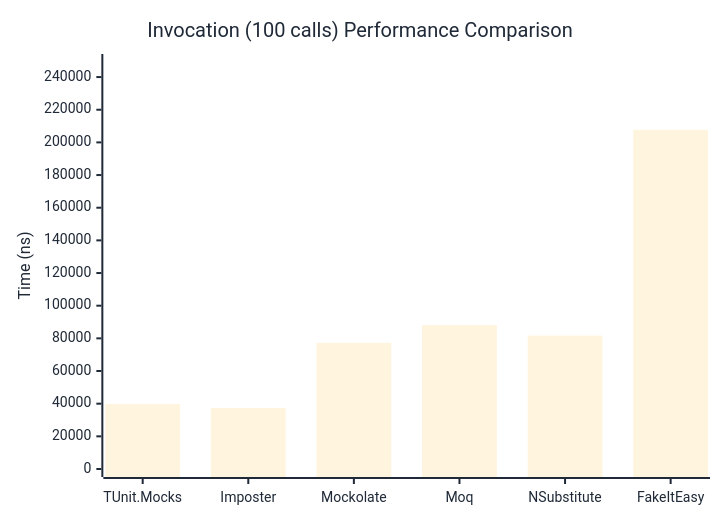
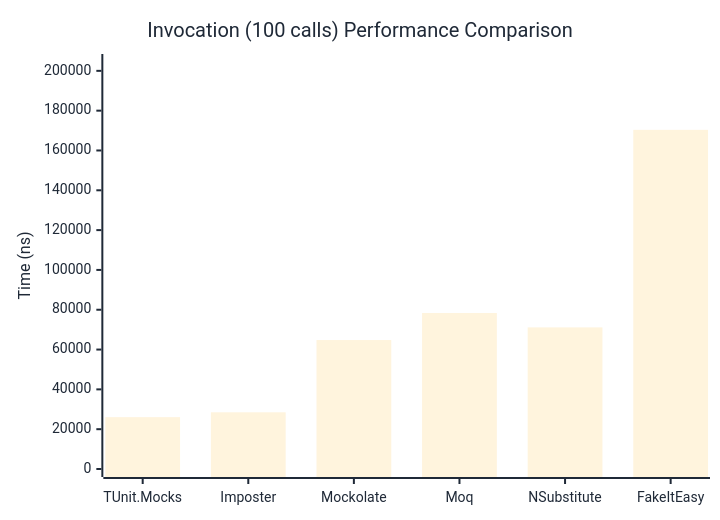
The third of 3 diagrams in docs/docs/benchmarks/mocks/Invocation.md (thomhurst/TUnit), drawn with Mermaid before and after one commit. The commit also changed other lines of this file and 14 other files, not shown here.

````diff
--- a/docs/docs/benchmarks/mocks/Invocation.md
+++ b/docs/docs/benchmarks/mocks/Invocation.md
@@ -110,27 +110,27 @@
 ```mermaid
 %%{init: {
   'theme':'base',
   'themeVariables': {
     'primaryColor': '#2563eb',
     'primaryTextColor': '#1f2937',
     'primaryBorderColor': '#1e40af',
     'lineColor': '#6b7280',
     'secondaryColor': '#7c3aed',
     'tertiaryColor': '#dc2626',
     'background': '#ffffff',
     'pie1': '#2563eb',
     'pie2': '#7c3aed',
     'pie3': '#dc2626',
     'pie4': '#f59e0b',
     'pie5': '#10b981',
     'pie6': '#06b6d4',
     'pie7': '#ec4899',
     'pie8': '#6366f1'
   }
 }}%%
 xychart-beta
   title "Invocation (100 calls) Performance Comparison"
   x-axis ["TUnit.Mocks", "Imposter", "Mockolate", "Moq", "NSubstitute", "FakeItEasy"]
-  y-axis "Time (ns)" 0 --> 249227
-  bar [39741.9, 37376.4, 77269.3, 88134.5, 81687.5, 207688.7]
+  y-axis "Time (ns)" 0 --> 204443
+  bar [26043.7, 28485.7, 64778.2, 78367.9, 71134, 170368.5]
 ```
````
